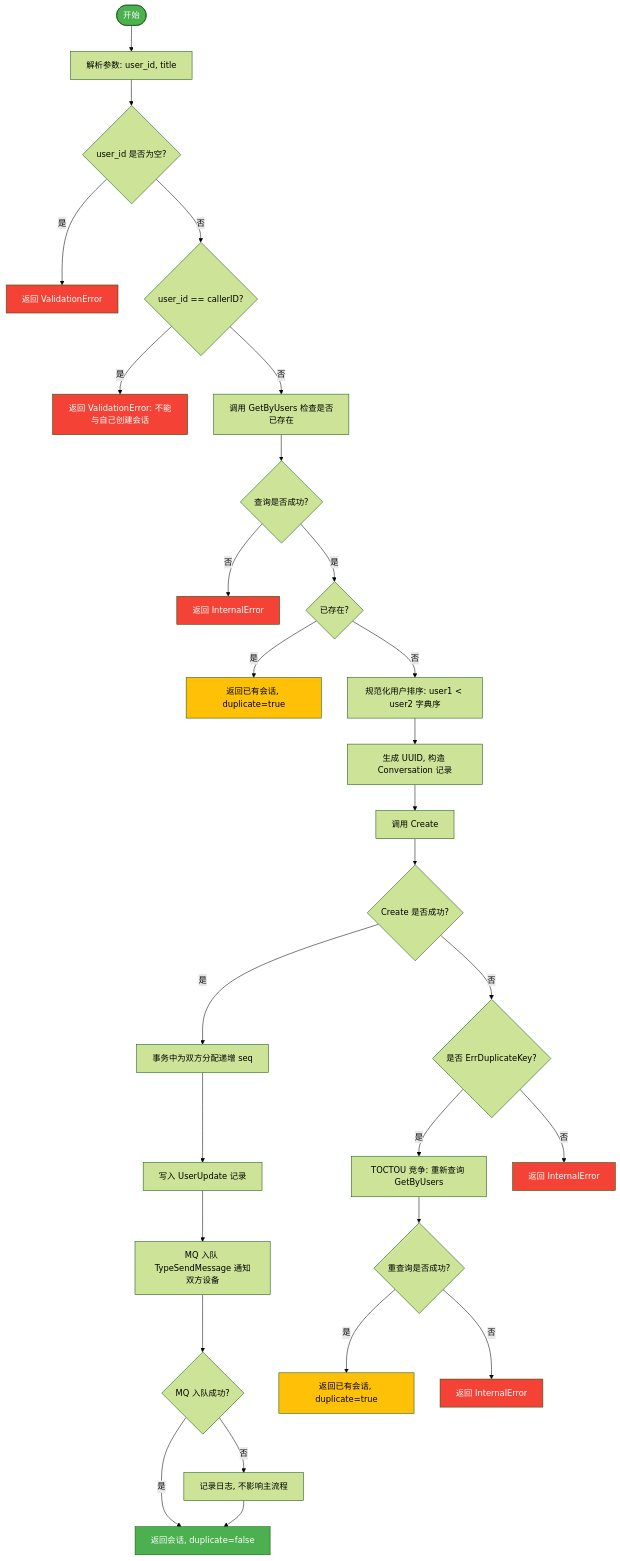
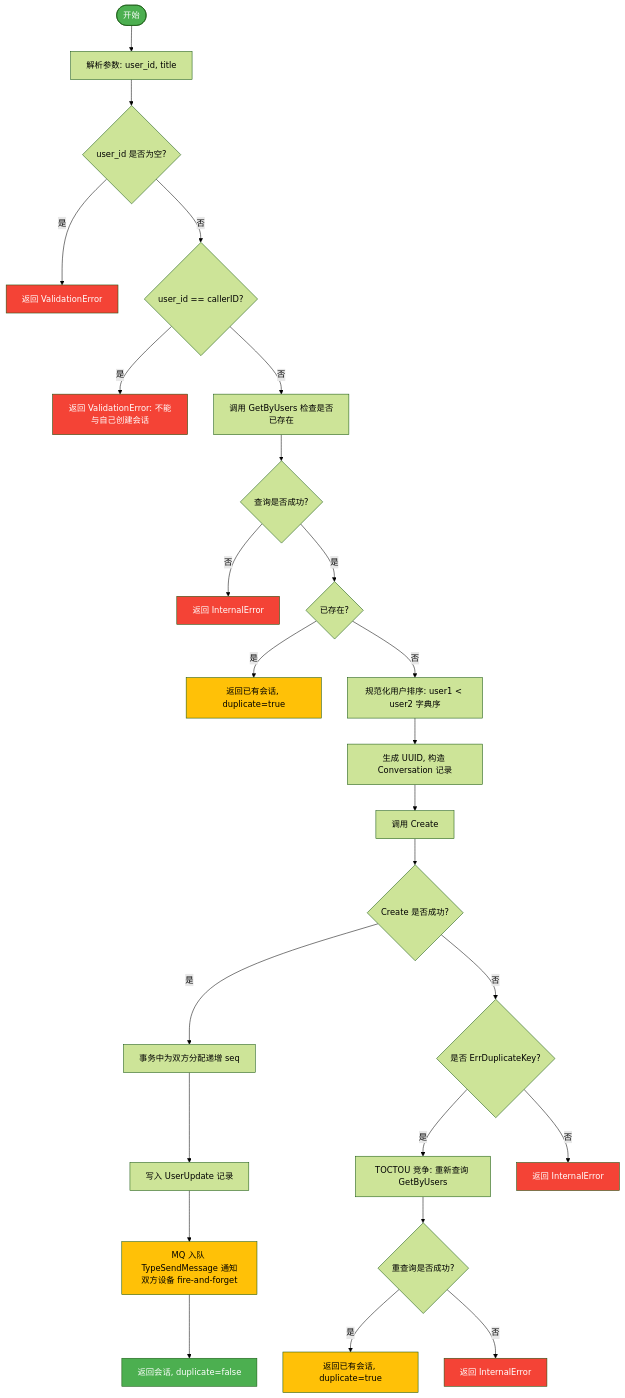
Before and after one commit to PineappleBond/xyncra-server: the first of 5 diagrams in wiki/flows/conversation.md, drawn with Mermaid (forest theme). The commit also changed other lines of this file and 21 other files, not shown here.

Commit message:
docs(wiki): add edge cases and fix inaccuracies across all flow documents

````diff
--- a/wiki/flows/conversation.md
+++ b/wiki/flows/conversation.md
@@ -95,40 +95,38 @@
 ```mermaid
 flowchart TD
     A([开始]) --> B[解析参数: user_id, title]
     B --> C{user_id 是否为空?}
     C -- 是 --> C1[返回 ValidationError]
     C -- 否 --> D{user_id == callerID?}
     D -- 是 --> D1[返回 ValidationError: 不能与自己创建会话]
     D -- 否 --> E[调用 GetByUsers 检查是否已存在]
     E --> E2{查询是否成功?}
     E2 -- 否 --> E3[返回 InternalError]
     E2 -- 是 --> F{已存在?}
     F -- 是 --> F1[返回已有会话, duplicate=true]
     F -- 否 --> G[规范化用户排序: user1 < user2 字典序]
     G --> H[生成 UUID, 构造 Conversation 记录]
     H --> I[调用 Create]
     I --> J1{Create 是否成功?}
     J1 -- 是 --> L[事务中为双方分配递增 seq]
     L --> M[写入 UserUpdate 记录]
-    M --> N[MQ 入队 TypeSendMessage 通知双方设备]
-    N --> O{MQ 入队成功?}
-    O -- 否 --> O1[记录日志, 不影响主流程]
-    O -- 是 --> P[返回会话, duplicate=false]
-    O1 --> P
+    M --> N[MQ 入队 TypeSendMessage 通知双方设备 fire-and-forget]
+    N --> P[返回会话, duplicate=false]
     J1 -- 否 --> J{是否 ErrDuplicateKey?}
     J -- 是 --> K[TOCTOU 竞争: 重新查询 GetByUsers]
     K --> K2{重查询是否成功?}
     K2 -- 是 --> K1[返回已有会话, duplicate=true]
     K2 -- 否 --> K3[返回 InternalError]
     J -- 否 --> J2[返回 InternalError]
 
     style A fill:#4CAF50,color:#fff
     style C1 fill:#f44336,color:#fff
     style D1 fill:#f44336,color:#fff
     style E3 fill:#f44336,color:#fff
     style F1 fill:#FFC107,color:#000
     style K1 fill:#FFC107,color:#000
     style K3 fill:#f44336,color:#fff
     style J2 fill:#f44336,color:#fff
+    style N fill:#FFC107,color:#000
     style P fill:#4CAF50,color:#fff
 ```
````
